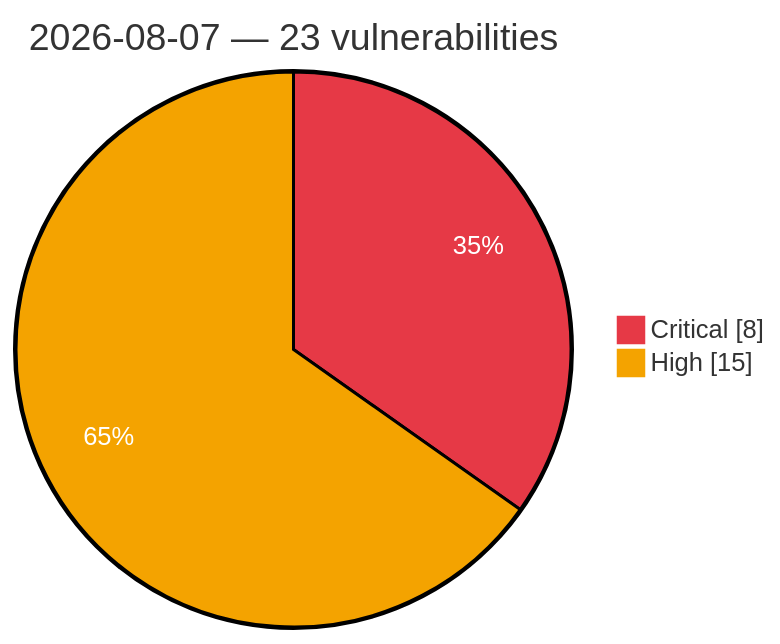
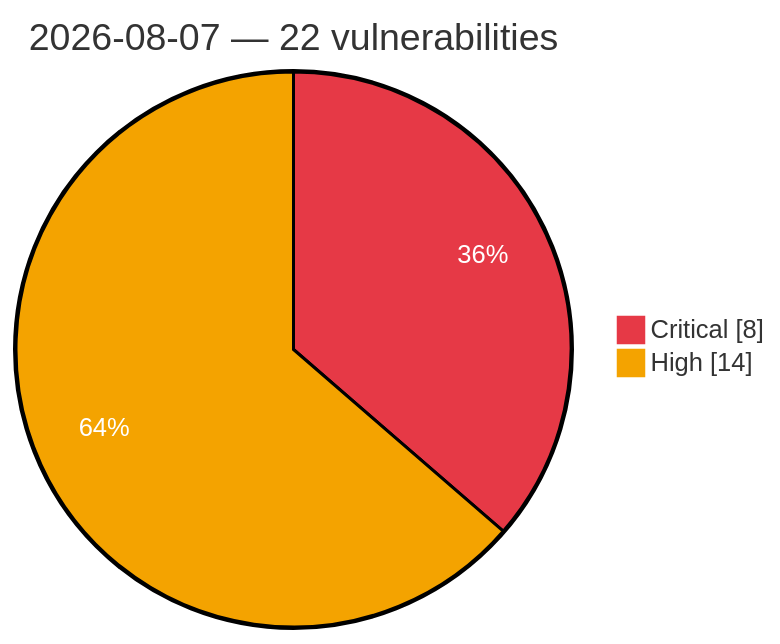
Before and after one commit to GhostX0X/vuln-tracker: the diagram in vulnerabilities/2026-08-07.md, drawn with Mermaid. The commit also changed other lines of this file and 2 other files, not shown here.

Commit message:
Auto update: critical/high vulns (2026-08-08 08:59 UTC)

````diff
--- a/vulnerabilities/2026-08-07.md
+++ b/vulnerabilities/2026-08-07.md
@@ -3,7 +3,7 @@
 ```mermaid
 %%{init: {'theme':'base', 'themeVariables': {'pie1':'#e63946', 'pie2':'#f4a300', 'pieOpacity':'1', 'pieOuterStrokeWidth':'2px', 'pieSectionTextColor':'#ffffff'}}}%%
 pie showData
-    title 2026-08-07 — 23 vulnerabilities
+    title 2026-08-07 — 22 vulnerabilities
     "Critical" : 8
-    "High" : 15
+    "High" : 14
 ```
````
